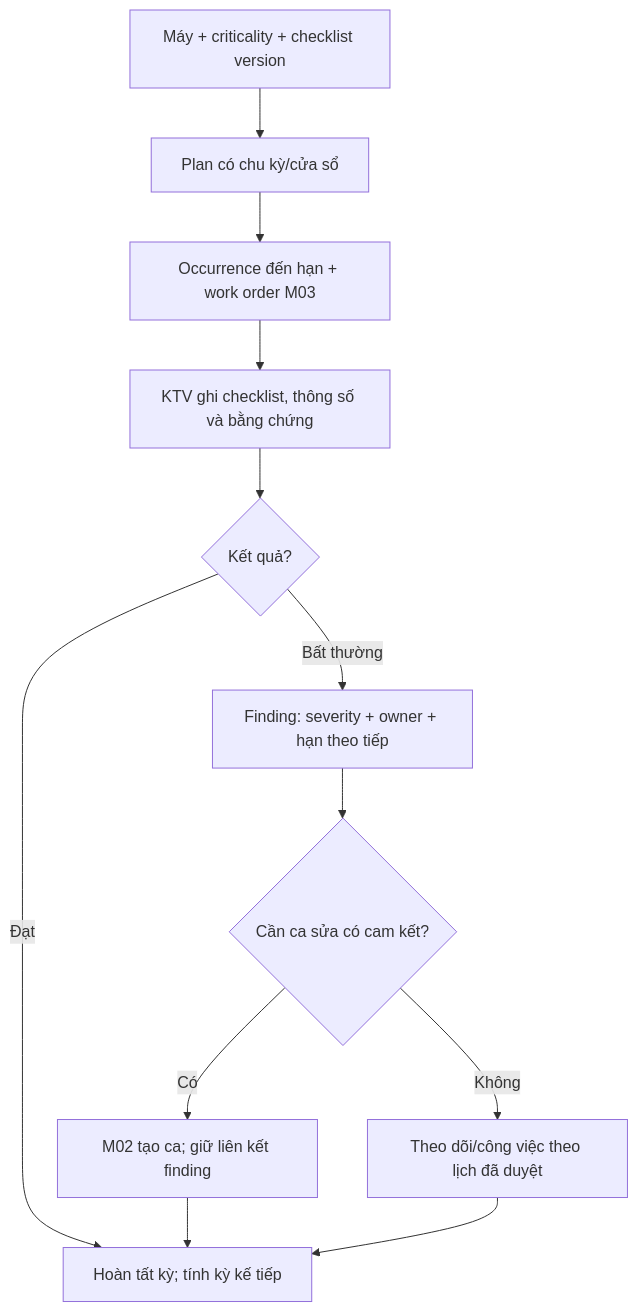
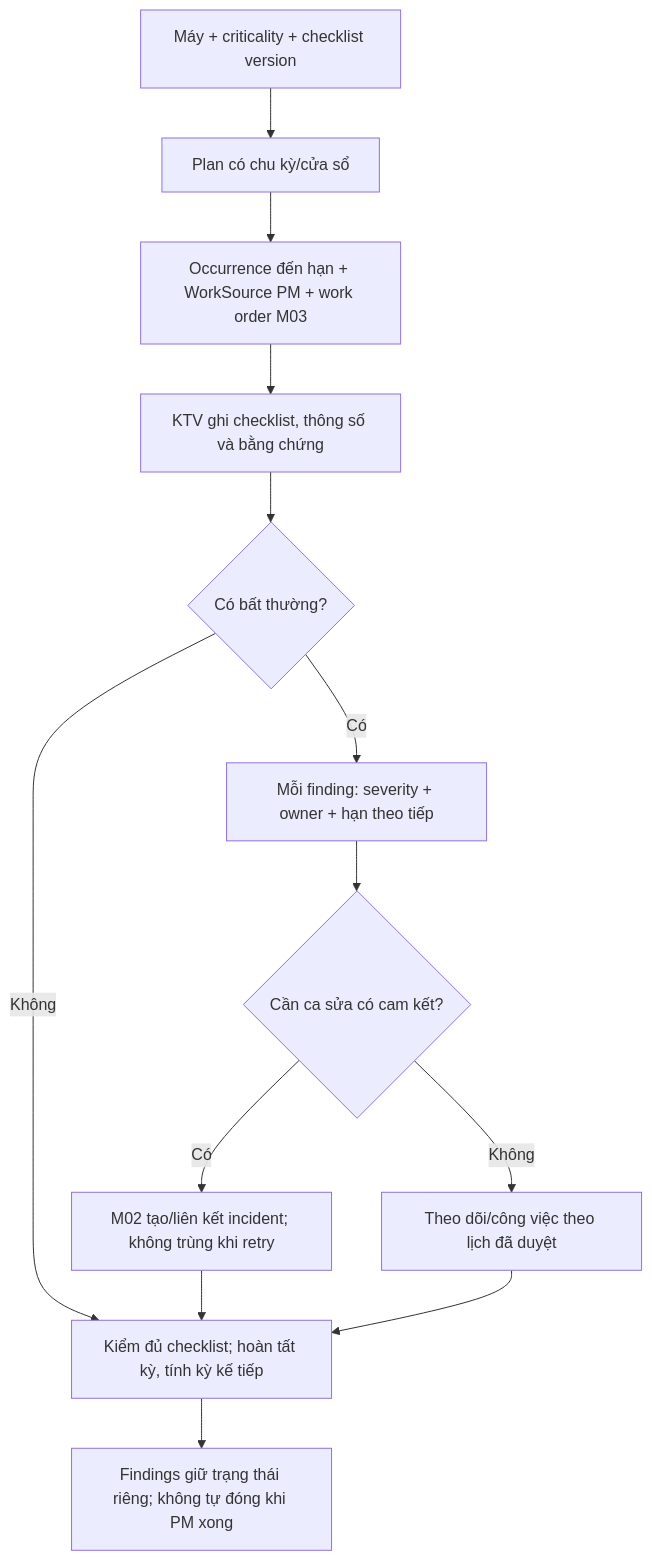
Before and after one commit to Baronger23/ERP.SmartHelpDesk: the diagram in docs/design/diagrams/m04_luong_nghiep_vu.mmd, drawn with Mermaid. The commit also changed 70 other files, not shown here.

```diff
--- a/docs/design/diagrams/m04_luong_nghiep_vu.mmd
+++ b/docs/design/diagrams/m04_luong_nghiep_vu.mmd
@@ -1,12 +1,13 @@
 flowchart TD
     A["Máy + criticality + checklist version"] --> B["Plan có chu kỳ/cửa sổ"]
-    B --> C["Occurrence đến hạn + work order M03"]
+    B --> C["Occurrence đến hạn + WorkSource PM + work order M03"]
     C --> D["KTV ghi checklist, thông số và bằng chứng"]
-    D --> E{"Kết quả?"}
-    E -->|"Đạt"| F["Hoàn tất kỳ; tính kỳ kế tiếp"]
-    E -->|"Bất thường"| G["Finding: severity + owner + hạn theo tiếp"]
+    D --> E{"Có bất thường?"}
+    E -->|"Không"| F["Kiểm đủ checklist; hoàn tất kỳ, tính kỳ kế tiếp"]
+    E -->|"Có"| G["Mỗi finding: severity + owner + hạn theo tiếp"]
     G --> H{"Cần ca sửa có cam kết?"}
-    H -->|"Có"| I["M02 tạo ca; giữ liên kết finding"]
+    H -->|"Có"| I["M02 tạo/liên kết incident; không trùng khi retry"]
     H -->|"Không"| J["Theo dõi/công việc theo lịch đã duyệt"]
     I --> F
     J --> F
+    F --> K["Findings giữ trạng thái riêng; không tự đóng khi PM xong"]
```
